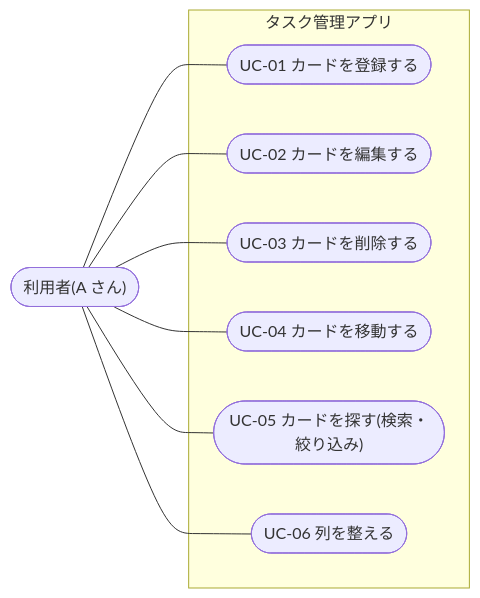
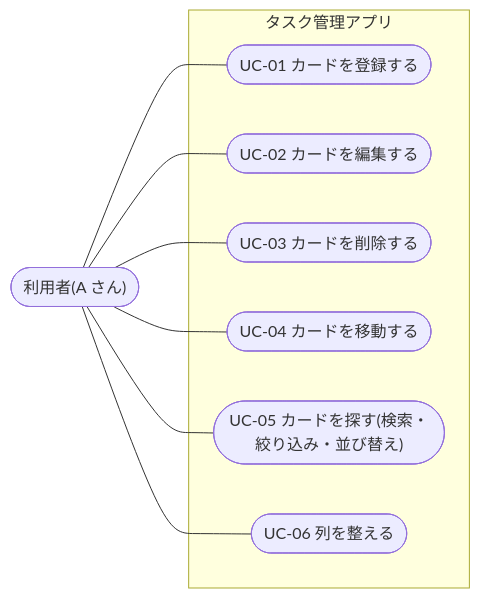
Before and after one commit to hmasu158648/TASKMANAGEMENT: the first of 2 diagrams in docs/requirements/usecases.md, drawn with Mermaid. The commit also changed other lines of this file and 7 other files, not shown here.

````diff
--- a/docs/requirements/usecases.md
+++ b/docs/requirements/usecases.md
@@ -17,18 +17,18 @@
 ```mermaid
 flowchart LR
     U(["利用者(A さん)"])
     subgraph SYS["タスク管理アプリ"]
         UC1(["UC-01 カードを登録する"])
         UC2(["UC-02 カードを編集する"])
         UC3(["UC-03 カードを削除する"])
         UC4(["UC-04 カードを移動する"])
-        UC5(["UC-05 カードを探す(検索・絞り込み)"])
+        UC5(["UC-05 カードを探す(検索・絞り込み・並び替え)"])
         UC6(["UC-06 列を整える"])
     end
     U --- UC1
     U --- UC2
     U --- UC3
     U --- UC4
     U --- UC5
     U --- UC6
 ```
````
